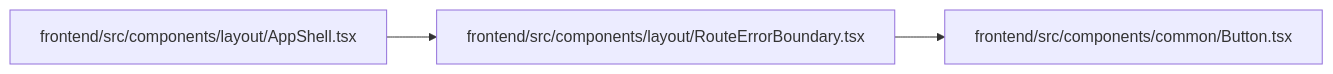
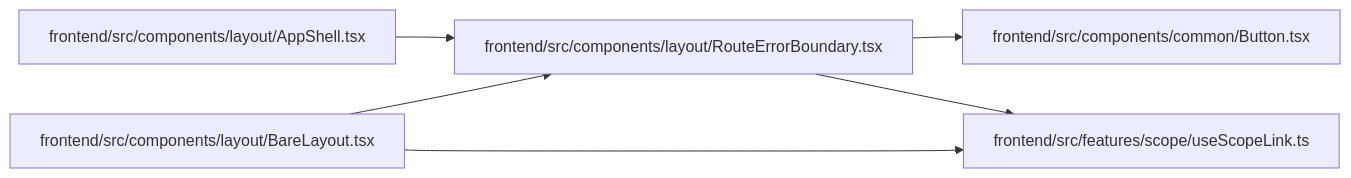
The diagram in docs/llm_wiki/modules/RouteErrorBoundary.md (Denissvgn/WorkChord), drawn with Mermaid before and after one commit. The commit also changed other lines of this file and 2373 other files, not shown here.

````diff
--- a/docs/llm_wiki/modules/RouteErrorBoundary.md
+++ b/docs/llm_wiki/modules/RouteErrorBoundary.md
@@ -27,11 +28,18 @@
 ```mermaid
 flowchart LR
     n0["frontend/src/components/common/Button.tsx"]
     n1["frontend/src/components/layout/AppShell.tsx"]
-    n2["frontend/src/components/layout/RouteErrorBoundary.tsx"]
-    n1 --> n2
-    n2 --> n0
+    n2["frontend/src/components/layout/BareLayout.tsx"]
+    n3["frontend/src/components/layout/RouteErrorBoundary.tsx"]
+    n4["frontend/src/features/scope/useScopeLink.ts"]
+    n1 --> n3
+    n2 --> n3
+    n2 --> n4
+    n3 --> n0
+    n3 --> n4
     click n0 "../modules/Button.md"
     click n1 "../modules/AppShell.md"
-    click n2 "../modules/RouteErrorBoundary.md"
+    click n2 "../modules/BareLayout.md"
+    click n3 "../modules/RouteErrorBoundary.md"
+    click n4 "../modules/useScopeLink.md"
 ```
````
